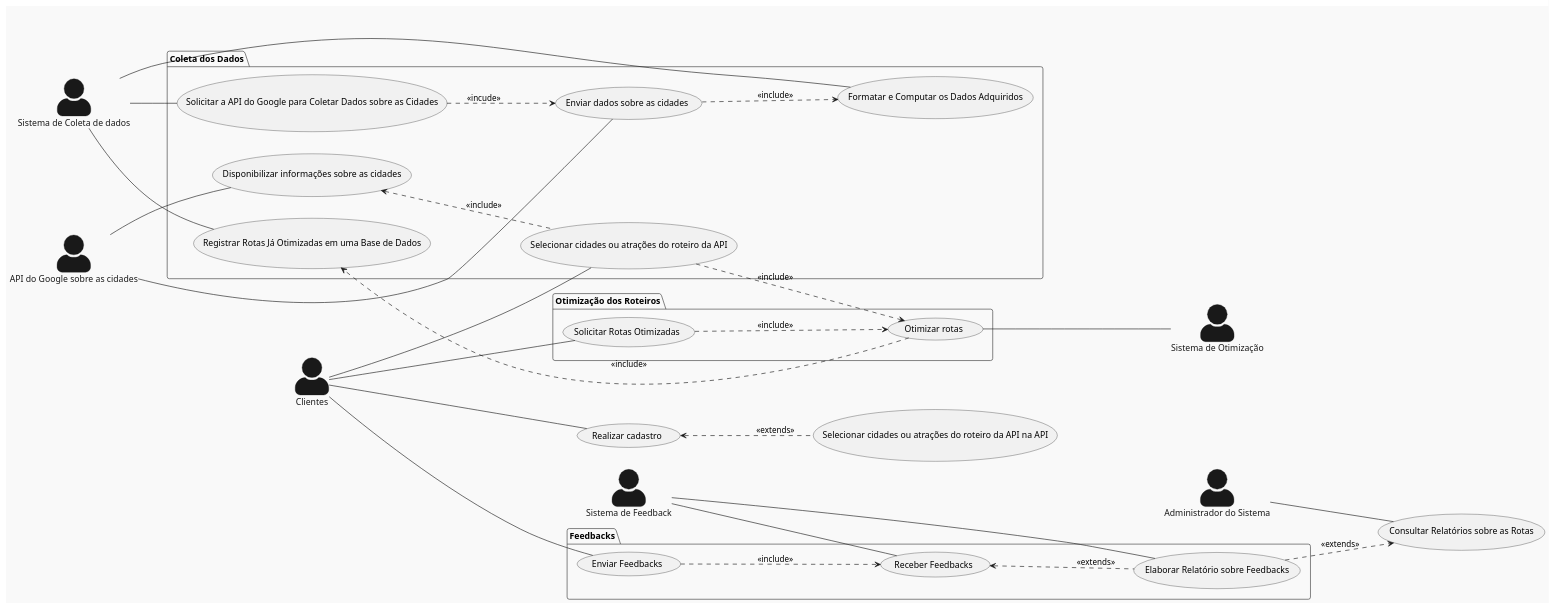
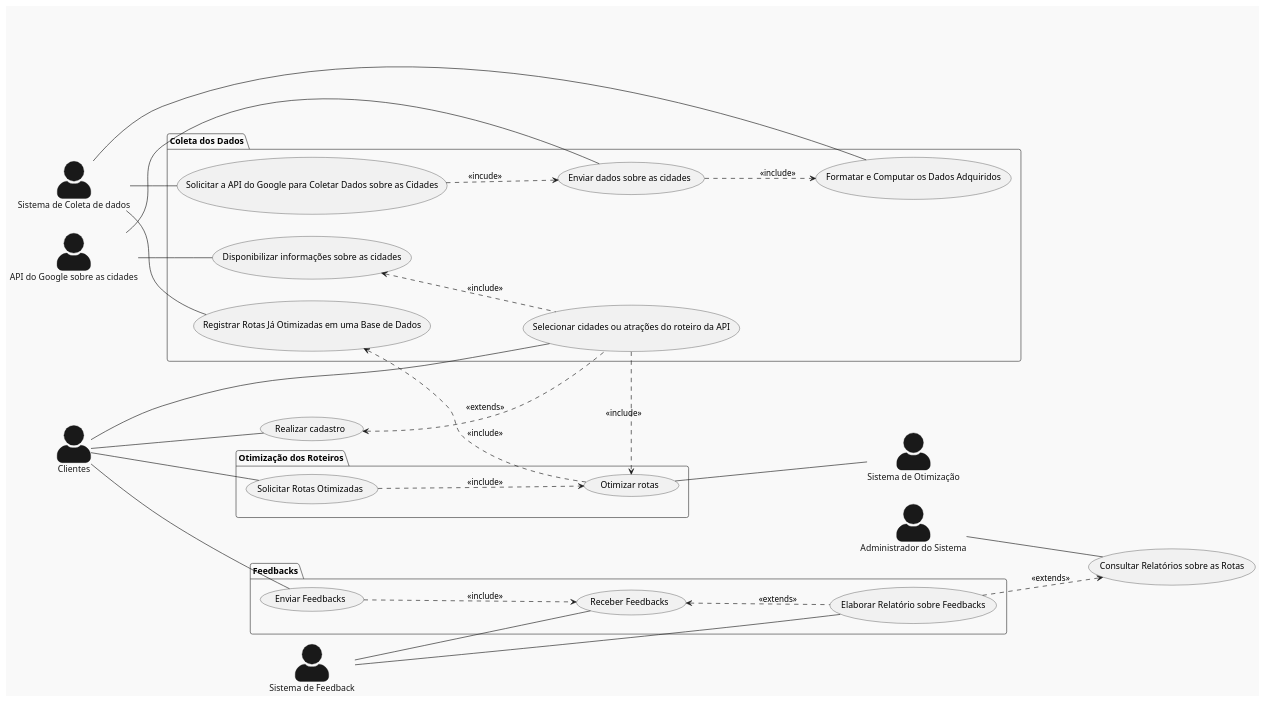
The diagram in Relatório/Semana-1/Diagramas/DCU.md (pedrodilallo/site_turismo_SIG), drawn with PlantUML before and after one commit. The commit also changed 1 other file, not shown here.

Commit message:
Mais correções DCU

```diff
--- a/Relatório/Semana-1/Diagramas/DCU.md
+++ b/Relatório/Semana-1/Diagramas/DCU.md
@@ -1,67 +1,67 @@
 @startuml
 skinparam actorStyle awesome
 !theme mars
 left to right direction
 
 actor "Clientes" as cliente
 actor "API do Google sobre as cidades" as API
 actor "Sistema de Otimização" as  otimizador
 actor "Administrador do Sistema" as sys_admin
 actor "Sistema de Feedback" as feedback
 actor "Sistema de Coleta de dados" as coletador
 
 cliente -- (Realizar cadastro)
 
 
 package "Coleta dos Dados"{
 cliente -- (Selecionar cidades ou atrações do roteiro da API)
 
 coletador -- (Solicitar a API do Google para Coletar Dados sobre as Cidades)
 coletador -- (Registrar Rotas Já Otimizadas em uma Base de Dados)
 coletador -- (Formatar e Computar os Dados Adquiridos)
 API -- (Enviar dados sobre as cidades)
 API -- (Disponibilizar informações sobre as cidades)
 (Disponibilizar informações sobre as cidades) <.. (Selecionar cidades ou atrações do roteiro da API) : <<include>>
 
 
 
 }
 
 
 package "Otimização dos Roteiros"{
 cliente -- (Solicitar Rotas Otimizadas)
 (Otimizar rotas) -- otimizador 
 (Solicitar Rotas Otimizadas) ..> (Otimizar rotas) : <<include>>
 (Selecionar cidades ou atrações do roteiro da API) ..> (Otimizar rotas): <<include>>
 (Solicitar a API do Google para Coletar Dados sobre as Cidades) ..> (Enviar dados sobre as cidades) : <<incude>>
 (Otimizar rotas) ..> (Registrar Rotas Já Otimizadas em uma Base de Dados) : <<include>>
 
 }
 
 
 
 sys_admin -- (Consultar Relatórios sobre as Rotas)
 
 
 
 
-(Realizar cadastro) <.. (Selecionar cidades ou atrações do roteiro da API na API) : <<extends>>
+(Realizar cadastro) <.. (Selecionar cidades ou atrações do roteiro da API) : <<extends>>
 (Enviar dados sobre as cidades) ..> (Formatar e Computar os Dados Adquiridos) : <<include>>
 
 
 package "Feedbacks"{
 
 (Enviar Feedbacks) ..> (Receber Feedbacks) : <<include>>
 (Receber Feedbacks) <.. (Elaborar Relatório sobre Feedbacks) : <<extends>>
 (Elaborar Relatório sobre Feedbacks) ..> (Consultar Relatórios sobre as Rotas) : <<extends>>
 cliente -- (Enviar Feedbacks)
 feedback -- (Receber Feedbacks)
 feedback -- (Elaborar Relatório sobre Feedbacks)
 
 
 
 }
 
 
 
 @enduml
```
